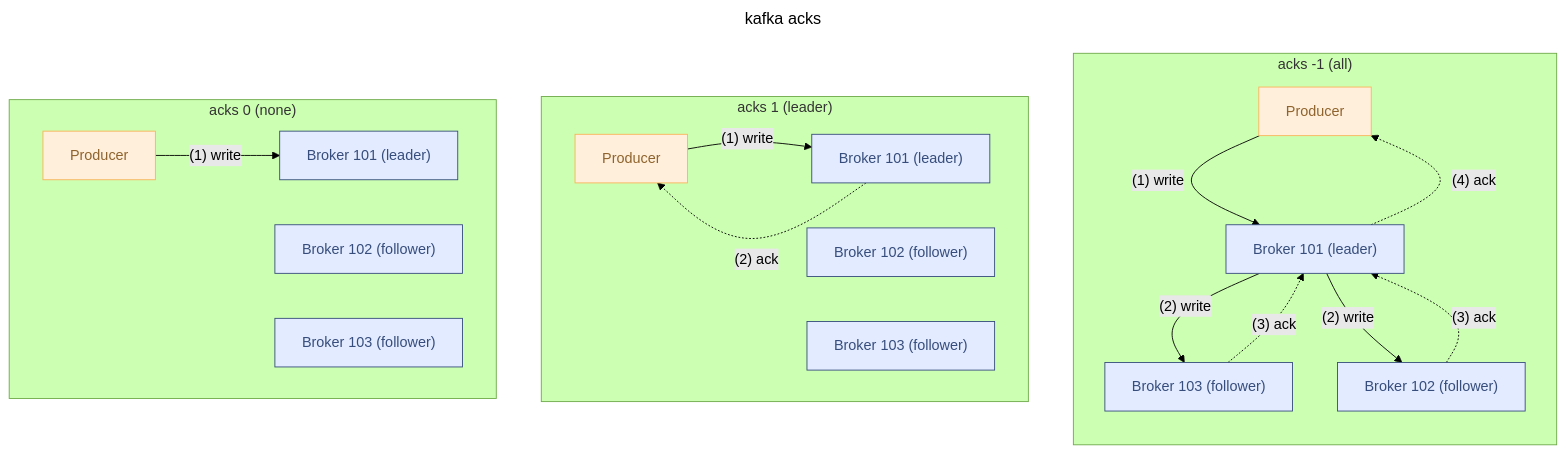
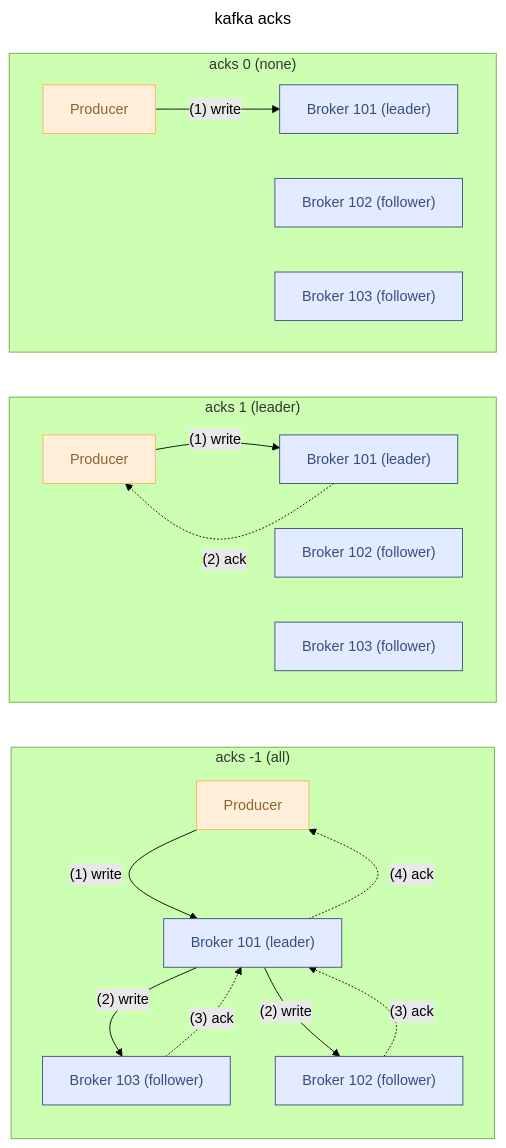
Before and after one commit to mrtxee/enterprise-developer-almanac: the second of 3 diagrams in software-engineer/технологии/kafka/Kafka.md, drawn with Mermaid (forest theme). The commit also changed other lines of this file and 160 other files, not shown here.

````diff
--- a/software-engineer/технологии/kafka/Kafka.md
+++ b/software-engineer/технологии/kafka/Kafka.md
@@ -89,53 +89,53 @@
 ```mermaid
 ---
 title: kafka acks
 ---
-flowchart TB
+flowchart LR
  subgraph s1["acks -1 (all)"]
     direction TB
         C21["Producer"]
         C22["Broker 101 (leader)"]
         C23["Broker 102 (follower)"]
         C24["Broker 103 (follower)"]
   end
 
  subgraph acks1["acks 1 (leader)"]
     direction LR
         C11["Producer"]
         C12["Broker 101 (leader)"]
         C13["Broker 102 (follower)"]
         C14["Broker 103 (follower)"]
   end
 
  subgraph acks0["acks 0 (none)"]
     direction LR
         C01["Producer"]
         C02["Broker 101 (leader)"]
         C03["Broker 102 (follower)"]
         C04["Broker 103 (follower)"]
   end
 
     C01 -- (1) write --> C02
     C11 -- (1) write --> C12
     C12 -. (2) ack .-> C11
     C21 -- (1) write --> C22
     C22 -. (4) ack .-> C21
     C24 -. (3) ack .-> C22
     C23 -. (3) ack .-> C22
     C22 -- (2) write --> C23 & C24
 
      C01:::Peach
      C11:::Peach
      C21:::Peach
      C22:::Sky
 C23:::Sky
 C24:::Sky
 C12:::Sky
 C13:::Sky
 C14:::Sky
 C02:::Sky
 C03:::Sky
 C04:::Sky
     classDef Peach stroke-width:1px, stroke-dasharray:none, stroke:#FBB35A, fill:#FFEFDB, color:#8F632D
     classDef Sky stroke-width:1px, stroke-dasharray:none, stroke:#374D7C, fill:#E2EBFF, color:#374D7C
 ```   
````
